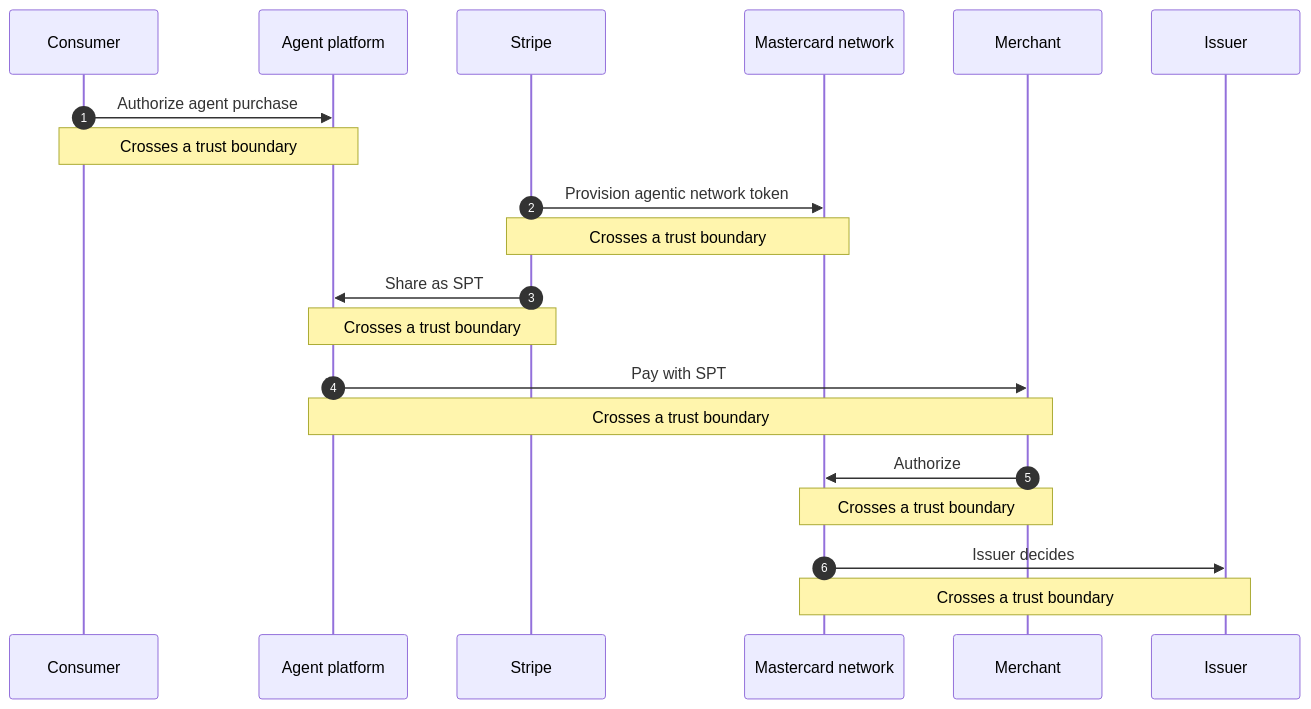
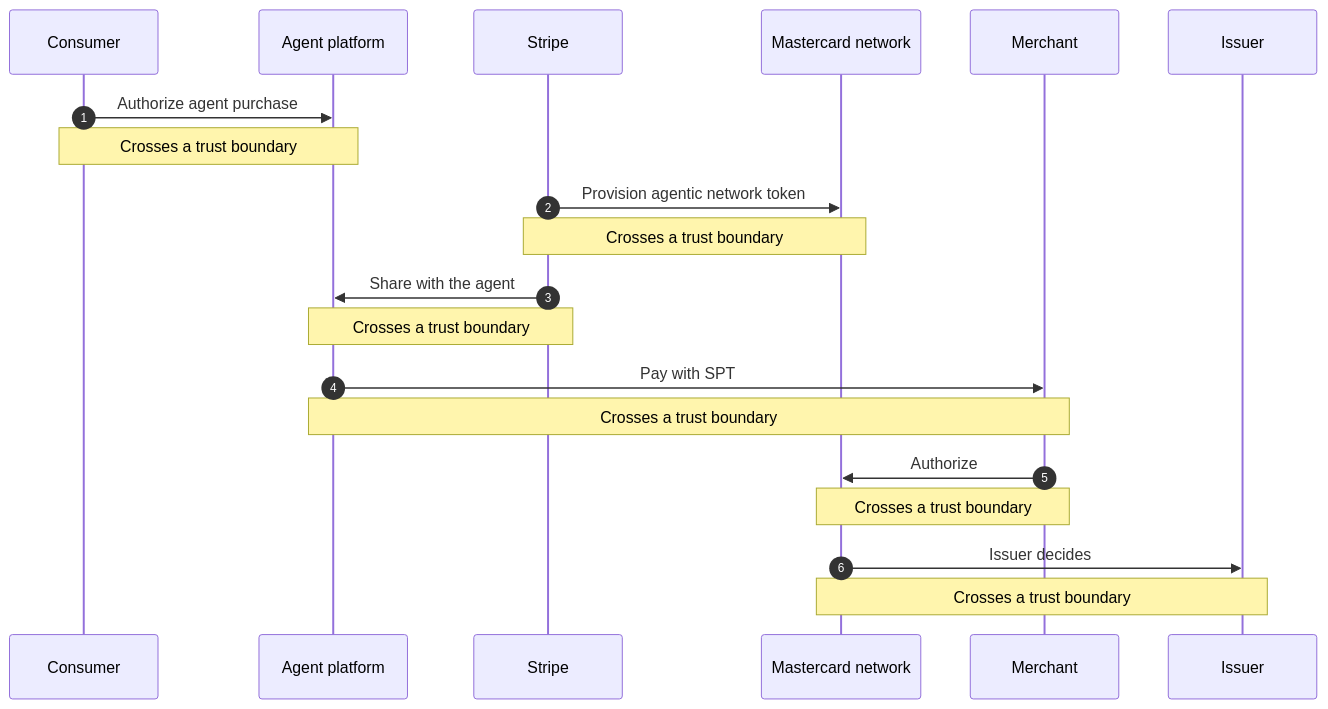
Before and after one commit to mercesAI/agentic-rails-atlas: the diagram in src/generated/mermaid/mastercard-agent-pay-stripe-spt.mmd, drawn with Mermaid. The commit also changed 68 other files, not shown here.

```diff
--- a/src/generated/mermaid/mastercard-agent-pay-stripe-spt.mmd
+++ b/src/generated/mermaid/mastercard-agent-pay-stripe-spt.mmd
@@ -1,22 +1,22 @@
 sequenceDiagram
   accTitle: Agent Pay token inside a Stripe Shared Payment Token
-  accDescr: Sequence diagram: Agent Pay token inside a Stripe Shared Payment Token. 6 participants: Consumer, Agent platform, Stripe, Mastercard network, Merchant, and Issuer. 6 steps, 6 crossing a trust boundary. Based on mastercard-agent-pay Agent Pay developer guides (unversioned, read 2026-10-11) (2026-03-03). Step 1: Consumer to Agent platform: Authorize agent purchase. This step crosses a trust boundary. Step 2: Stripe to Mastercard network: Provision agentic network token. This step crosses a trust boundary. Step 3: Stripe to Agent platform: Share as SPT. This step crosses a trust boundary. Step 4: Agent platform to Merchant: Pay with SPT. This step crosses a trust boundary. Step 5: Merchant to Mastercard network: Authorize. This step crosses a trust boundary. Step 6: Mastercard network to Issuer: Issuer decides. This step crosses a trust boundary.
+  accDescr: Sequence diagram: Agent Pay token inside a Stripe Shared Payment Token. 6 participants: Consumer, Agent platform, Stripe, Mastercard network, Merchant, and Issuer. 6 steps, 6 crossing a trust boundary. Based on mastercard-agent-pay Agent Pay developer guides (unversioned, read 2026-10-11) (2026-03-03). Step 1: Consumer to Agent platform: Authorize agent purchase. This step crosses a trust boundary. Step 2: Stripe to Mastercard network: Provision agentic network token. This step crosses a trust boundary. Step 3: Stripe to Agent platform: Share with the agent. This step crosses a trust boundary. Step 4: Agent platform to Merchant: Pay with SPT. This step crosses a trust boundary. Step 5: Merchant to Mastercard network: Authorize. This step crosses a trust boundary. Step 6: Mastercard network to Issuer: Issuer decides. This step crosses a trust boundary.
   autonumber
   participant p_consumer as Consumer
   participant p_agent as Agent platform
   participant p_stripe as Stripe
   participant p_network as Mastercard network
   participant p_merchant as Merchant
   participant p_issuer as Issuer
   p_consumer->>p_agent: Authorize agent purchase
   Note over p_consumer,p_agent: Crosses a trust boundary
   p_stripe->>p_network: Provision agentic network token
   Note over p_stripe,p_network: Crosses a trust boundary
-  p_stripe->>p_agent: Share as SPT
+  p_stripe->>p_agent: Share with the agent
   Note over p_stripe,p_agent: Crosses a trust boundary
   p_agent->>p_merchant: Pay with SPT
   Note over p_agent,p_merchant: Crosses a trust boundary
   p_merchant->>p_network: Authorize
   Note over p_merchant,p_network: Crosses a trust boundary
   p_network->>p_issuer: Issuer decides
   Note over p_network,p_issuer: Crosses a trust boundary
```
